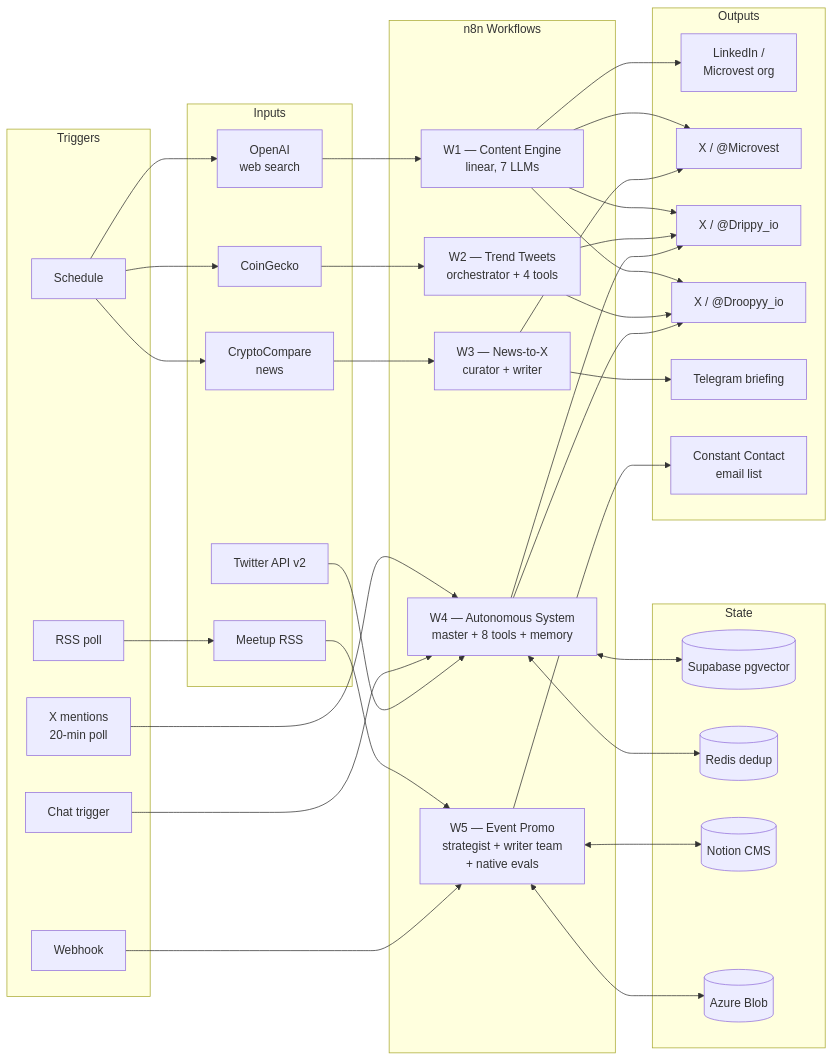
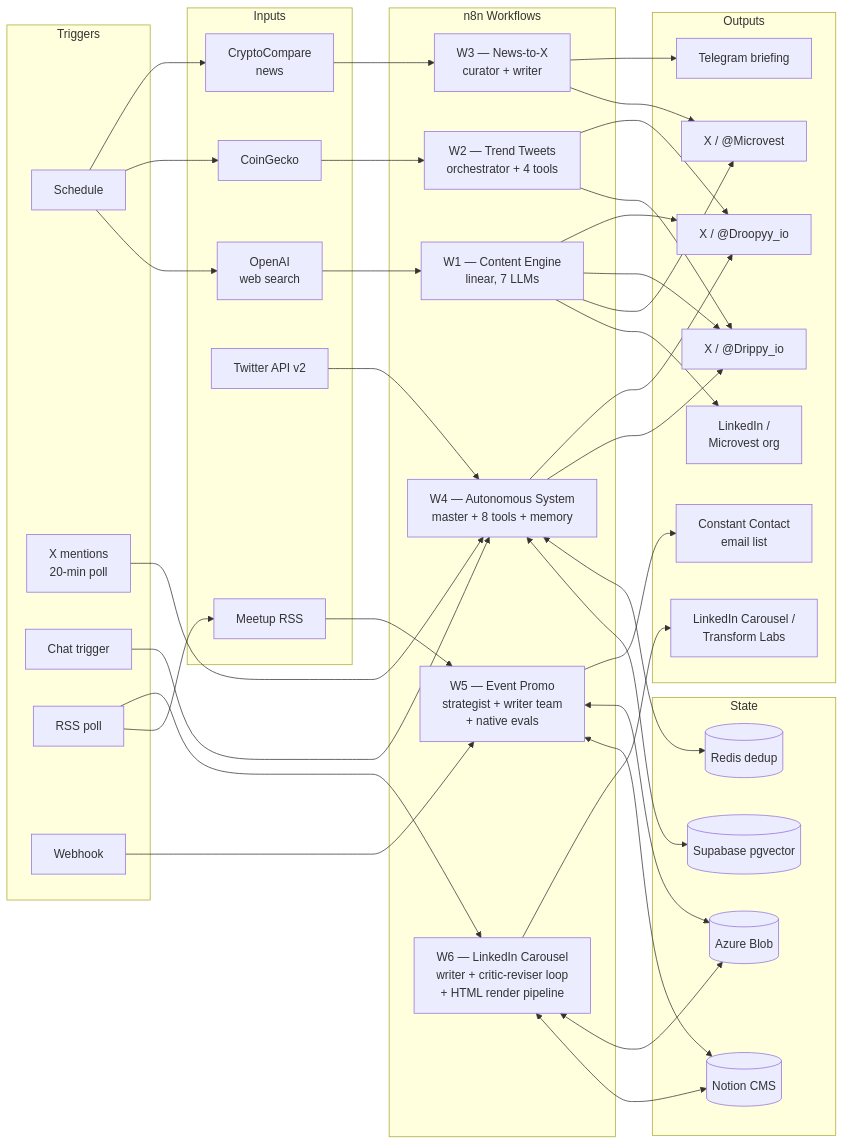
The diagram in README.md (Talonsturgill/Automations), drawn with Mermaid before and after one commit. The commit also changed other lines of this file and 1 other file, not shown here.

First line of the commit message:
Document W6 — Transform Labs LinkedIn Carousel Generator (#2)

````diff
--- a/README.md
+++ b/README.md
@@ -37,59 +41,65 @@
 ```mermaid
 flowchart LR
     subgraph triggers[Triggers]
         S1[Schedule]
         MENT[X mentions<br/>20-min poll]
         CHAT[Chat trigger]
         RSS[RSS poll]
         WH[Webhook]
     end
 
     subgraph sources[Inputs]
         WEB[OpenAI<br/>web search]
         CG[CoinGecko]
         CC[CryptoCompare<br/>news]
         TW[Twitter API v2]
         MEET[Meetup RSS]
     end
 
     subgraph engines[n8n Workflows]
         W1[W1 — Content Engine<br/>linear, 7 LLMs]
         W2[W2 — Trend Tweets<br/>orchestrator + 4 tools]
         W3[W3 — News-to-X<br/>curator + writer]
         W4[W4 — Autonomous System<br/>master + 8 tools + memory]
         W5[W5 — Event Promo<br/>strategist + writer team<br/>+ native evals]
+        W6[W6 — LinkedIn Carousel<br/>writer + critic-reviser loop<br/>+ HTML render pipeline]
     end
 
     subgraph memory[State]
         PG[(Supabase pgvector)]
         RD[(Redis dedup)]
         NOT[(Notion CMS)]
         BLOB[(Azure Blob)]
     end
 
     subgraph out[Outputs]
         LI[LinkedIn /<br/>Microvest org]
         TM[X / @Microvest]
         TD[X / @Drippy_io]
         TY[X / @Droopyy_io]
         TG[Telegram briefing]
         EM[Constant Contact<br/>email list]
+        LC[LinkedIn Carousel /<br/>Transform Labs]
     end
 
     S1 --> WEB & CG & CC
     RSS --> MEET
     WEB --> W1 --> LI & TM & TD & TY
     CG --> W2 --> TD & TY
     CC --> W3 --> TM & TG
     MENT --> W4
     CHAT --> W4
     TW --> W4
     W4 <--> PG
     W4 <--> RD
     W4 --> TD & TY
     MEET --> W5
     WH --> W5
     W5 <--> NOT
     W5 <--> BLOB
     W5 --> EM
+    RSS --> W6
+    W6 <--> NOT
+    W6 <--> BLOB
+    W6 --> LC
 ```
````
